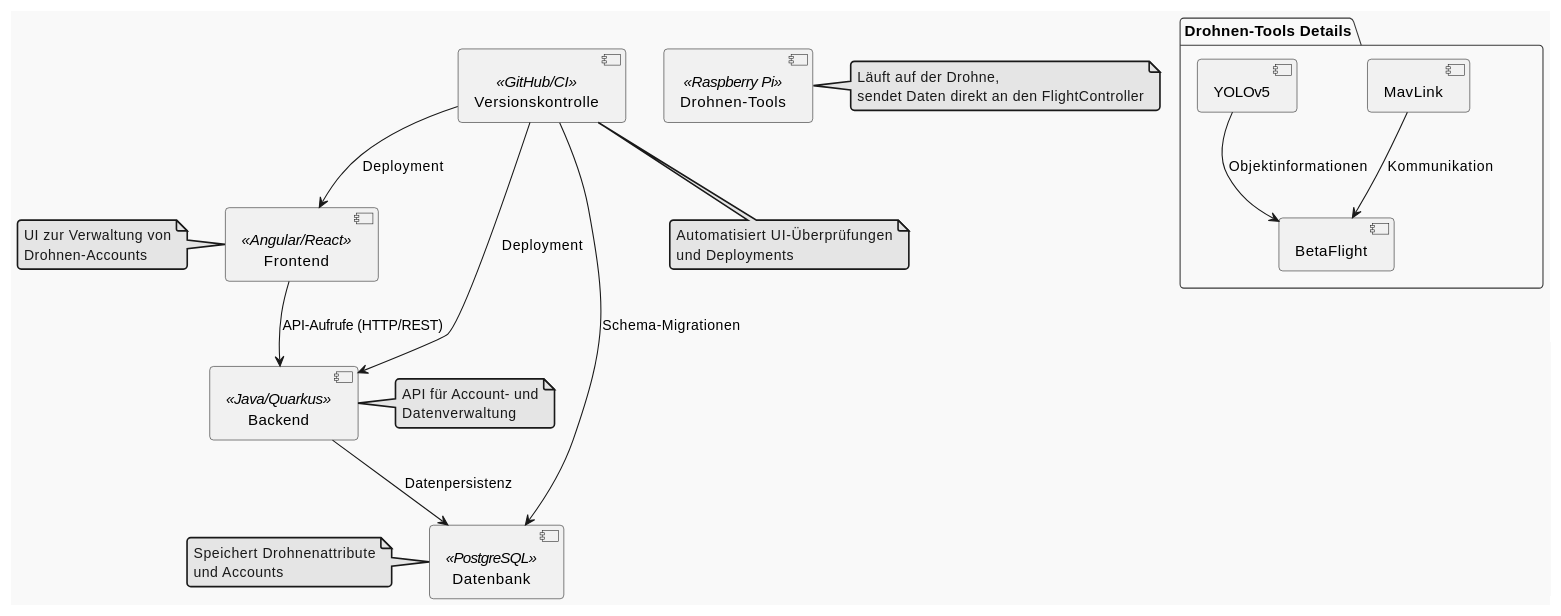
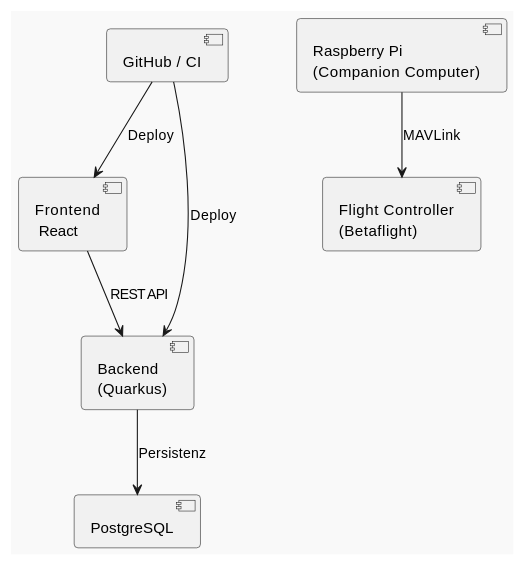
Before and after one commit to 2526-4ahitm-itp/2526-4ahitm-easypilot: the diagram in docs/index.adoc, drawn with PlantUML. The commit also changed other lines of this file and 6 other files, not shown here.

```diff
--- a/docs/index.adoc
+++ b/docs/index.adoc
@@ -89,58 +72,21 @@
-[plantuml, my-drone-system, png]
+[plantuml, drone-system, png]
 ----
 @startuml
 !theme mars
 skinparam componentStyle uml2
 
-' Komponenten definieren
-component "Frontend" as Frontend <<Angular/React>>
-component "Backend" as Backend <<Java/Quarkus>>
-component "Datenbank" as Database <<PostgreSQL>>
-component "Drohnen-Tools" as DroneTools <<Raspberry Pi>>
-component "Versionskontrolle" as Versioning <<GitHub/CI>>
+component "Frontend\n React" as FE
+component "Backend\n(Quarkus)" as BE
+component "PostgreSQL" as DB
+component "Raspberry Pi\n(Companion Computer)" as RPI
+component "Flight Controller\n(Betaflight)" as FC
+component "GitHub / CI" as CI
 
-' Interne Tools innerhalb der Drohnen-Tools definieren
-package "Drohnen-Tools Details" {
-component "MavLink" as MavLink
-component "YOLOv5" as YOLOv5
-component "BetaFlight" as BetaFlight
-}
+FE --> BE : REST API
+BE --> DB : Persistenz
+RPI --> FC : MAVLink
+CI --> FE : Deploy
+CI --> BE : Deploy
 
-' Beziehungen definieren
-Frontend --> Backend : API-Aufrufe (HTTP/REST)
-Backend --> Database : Datenpersistenz
-MavLink --> BetaFlight : Kommunikation
-YOLOv5 --> BetaFlight : Objektinformationen
-Versioning --> Frontend : Deployment
-Versioning --> Backend : Deployment
-Versioning --> Database : Schema-Migrationen
-
-hide circle
-
-' Notizen hinzufügen
-note left of Frontend
-  UI zur Verwaltung von
-  Drohnen-Accounts
-end note
-
-note right of Backend
-  API für Account- und
-  Datenverwaltung
-end note
-
-note left of Database
-  Speichert Drohnenattribute
-  und Accounts
-end note
-
-note right of DroneTools
-  Läuft auf der Drohne,
-  sendet Daten direkt an den FlightController
-end note
-
-note bottom of Versioning
-  Automatisiert UI-Überprüfungen
-  und Deployments
-end note
 @enduml
 ----
```
